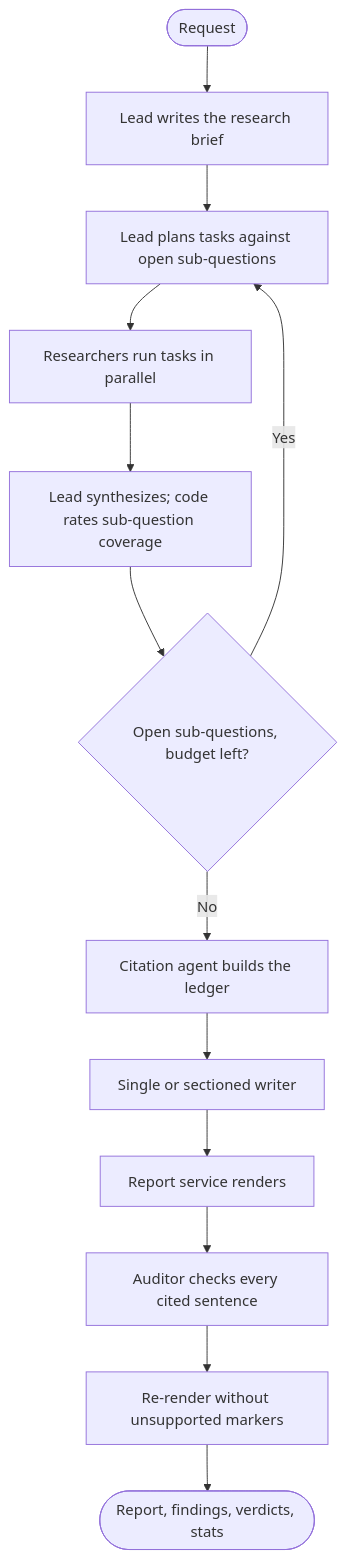
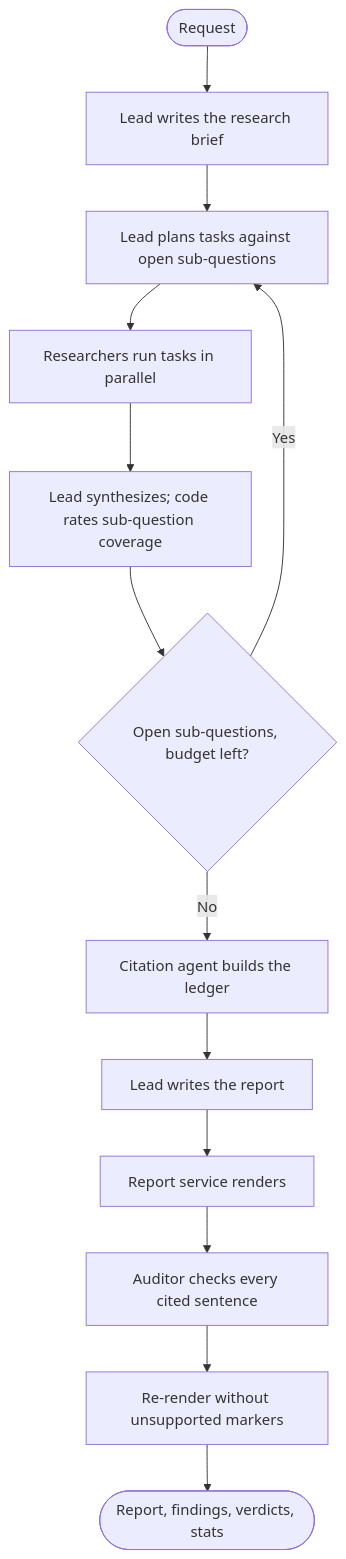
Before and after one commit to jolovicdev/shandu: the second of 3 diagrams in ARCH.md, drawn with Mermaid. The commit also changed other lines of this file and 33 other files, not shown here.

````diff
--- a/ARCH.md
+++ b/ARCH.md
@@ -35,15 +35,15 @@
 ```mermaid
 flowchart TD
     start([Request]) --> brief[Lead writes the research brief]
     brief --> plan[Lead plans tasks against open sub-questions]
     plan --> tasks[Researchers run tasks in parallel]
     tasks --> synth[Lead synthesizes; code rates sub-question coverage]
     synth --> decision{Open sub-questions, budget left?}
     decision -->|Yes| plan
     decision -->|No| ledger[Citation agent builds the ledger]
-    ledger --> write[Single or sectioned writer]
+    ledger --> write[Lead writes the report]
     write --> render[Report service renders]
     render --> check[Auditor checks every cited sentence]
     check --> rerender[Re-render without unsupported markers]
     rerender --> done([Report, findings, verdicts, stats])
 ```
````
